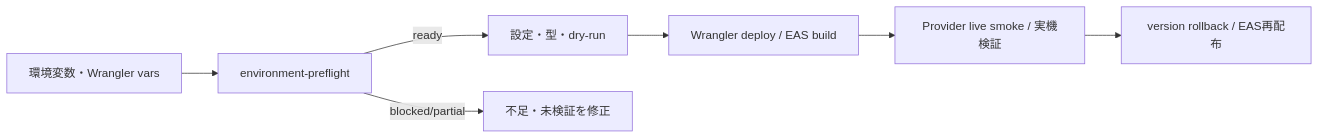
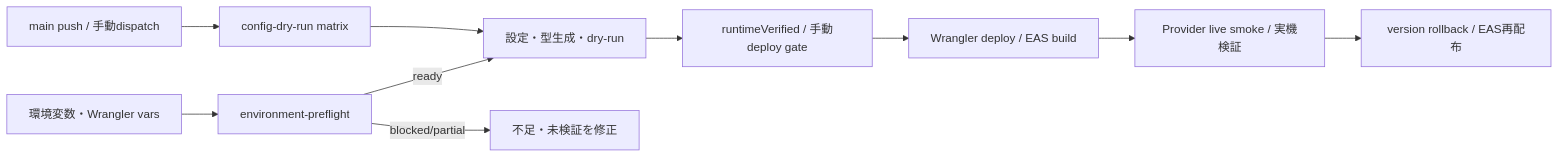
Before and after one commit to takapom/ima-app: the diagram in docs/design/m28-environment-runbook.md, drawn with Mermaid. The commit also changed other lines of this file and 1 other file, not shown here.

````diff
--- a/docs/design/m28-environment-runbook.md
+++ b/docs/design/m28-environment-runbook.md
@@ -9,9 +9,12 @@
 ```mermaid
 flowchart LR
   Env[環境変数・Wrangler vars] --> Preflight[environment-preflight]
-  Preflight -->|ready| DryRun[設定・型・dry-run]
+  Preflight -->|ready| DryRun[設定・型生成・dry-run]
   Preflight -->|blocked/partial| Fix[不足・未検証を修正]
-  DryRun --> Deploy[Wrangler deploy / EAS build]
+  DryRun --> DeployGate[runtimeVerified / 手動deploy gate]
+  DeployGate --> Deploy[Wrangler deploy / EAS build]
   Deploy --> Smoke[Provider live smoke / 実機検証]
   Smoke --> Rollback[version rollback / EAS再配布]
+  Push[main push / 手動dispatch] --> Matrix[config-dry-run matrix]
+  Matrix --> DryRun
 ```
````
